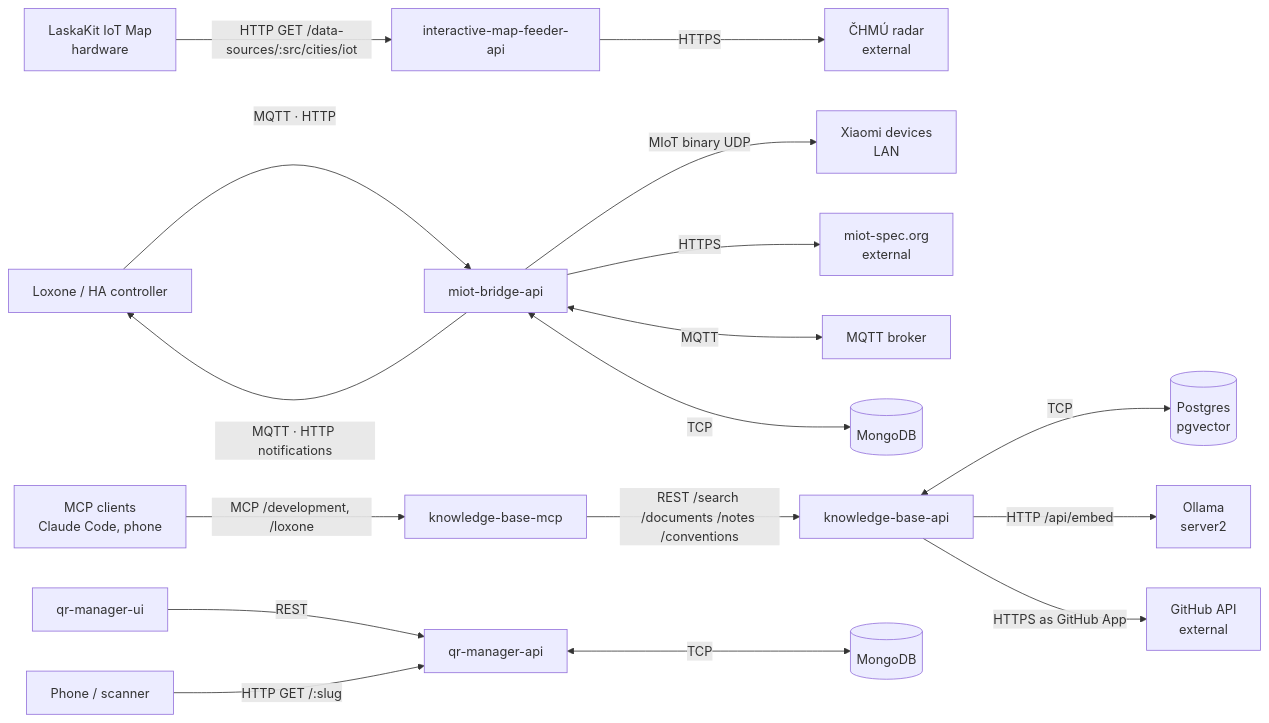
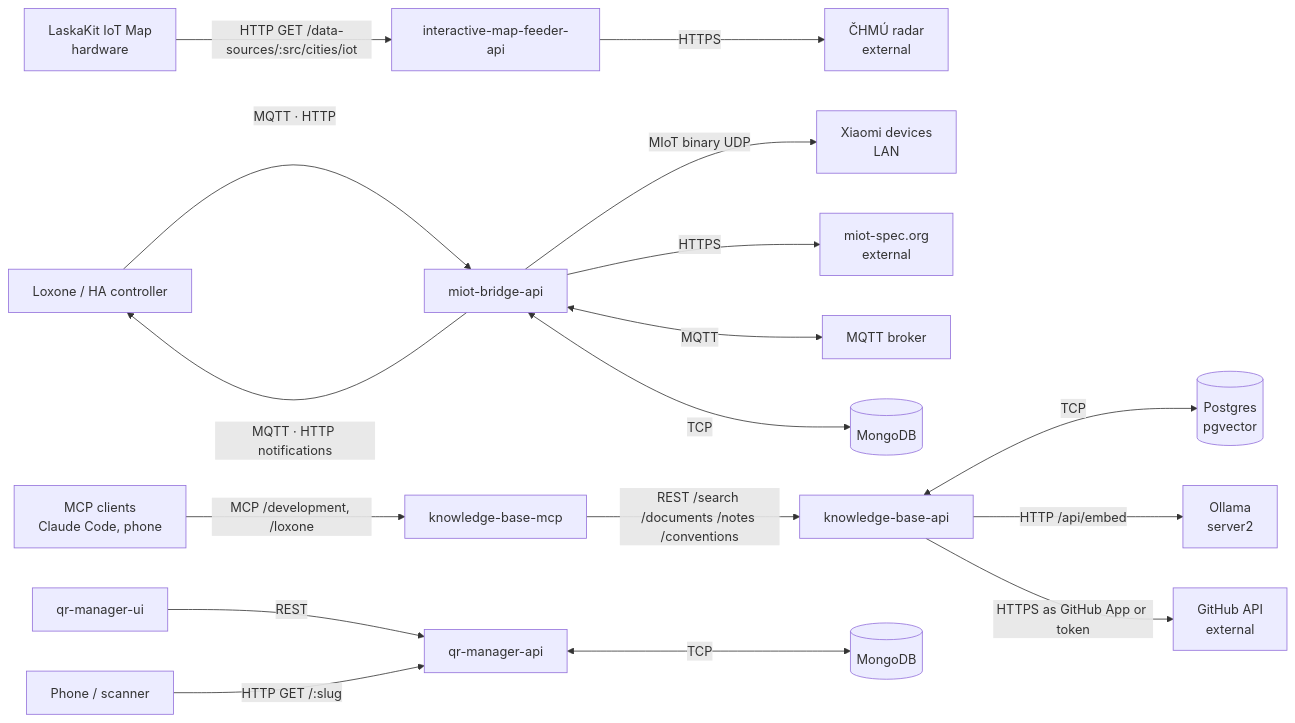
The diagram in docs/KNOWLEDGE.md (radoslavirha/homelab-apps), drawn with Mermaid before and after one commit. The commit also changed other lines of this file and 16 other files, not shown here.

First line of the commit message:
feat(knowledge-base-api): authenticate the git source with a GitHub token

````diff
--- a/docs/KNOWLEDGE.md
+++ b/docs/KNOWLEDGE.md
@@ -167,22 +167,22 @@
 ```mermaid
 graph LR
     LaskaKit["LaskaKit IoT Map\nhardware"] -->|HTTP GET /data-sources/:src/cities/iot| IMA["interactive-map-feeder-api"]
     IMA -->|HTTPS| CHMI["ČHMÚ radar\nexternal"]
 
     HA["Loxone / HA controller"] -->|MQTT · HTTP| MBA["miot-bridge-api"]
     MBA -->|MIoT binary UDP| Xiaomi["Xiaomi devices\nLAN"]
     MBA -->|HTTPS| MiotSpec["miot-spec.org\nexternal"]
     MBA <-->|MQTT| MQTTBroker["MQTT broker"]
     MBA <-->|TCP| MongoDB1[("MongoDB")]
     MBA -->|MQTT · HTTP notifications| HA
 
     Clients["MCP clients\nClaude Code, phone"] -->|MCP /development, /loxone| KBM["knowledge-base-mcp"]
     KBM -->|REST /search /documents /notes /conventions| KBA["knowledge-base-api"]
     KBA <-->|TCP| Postgres[("Postgres\npgvector")]
     KBA -->|HTTP /api/embed| Ollama["Ollama\nserver2"]
-    KBA -->|HTTPS as GitHub App| GitHub["GitHub API\nexternal"]
+    KBA -->|HTTPS as GitHub App or token| GitHub["GitHub API\nexternal"]
 
     QRU["qr-manager-ui"] -->|REST| QRA["qr-manager-api"]
     Phone["Phone / scanner"] -->|HTTP GET /:slug| QRA
     QRA <-->|TCP| MongoDB2[("MongoDB")]
 ```
````
